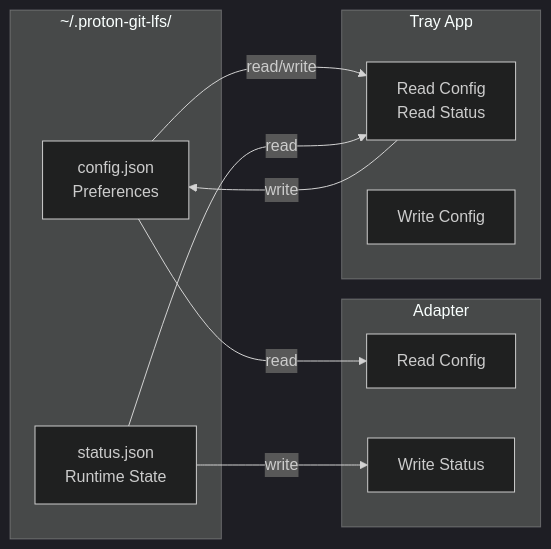
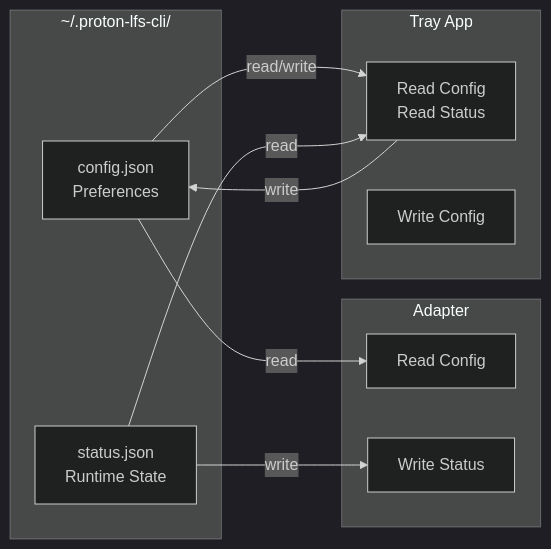
One commit to SevenOfNine-ai/proton-lfs-cli changed the fourth of 14 diagrams in docs/architecture/architecture.md. Above: the diagram before and after it, drawn with Mermaid (dark theme). The commit also changed other lines of this file and 35 other files, not shown here.

First line of the commit message:
refactor: rename project from proton-git-lfs to proton-lfs-cli

````diff
--- a/docs/architecture/architecture.md
+++ b/docs/architecture/architecture.md
@@ -174,25 +174,25 @@
 ```mermaid
 graph LR
-    subgraph "~/.proton-git-lfs/"
+    subgraph "~/.proton-lfs-cli/"
         ConfigFile[config.json<br/>Preferences]
         StatusFile[status.json<br/>Runtime State]
     end
 
     subgraph "Adapter"
         AdapterRead[Read Config]
         AdapterWrite[Write Status]
     end
 
     subgraph "Tray App"
         TrayRead[Read Config<br/>Read Status]
         TrayWrite[Write Config]
     end
 
     ConfigFile --> | read | AdapterRead
     ConfigFile --> | read/write | TrayRead
     TrayRead --> | write | ConfigFile
 
     StatusFile --> | read | TrayRead
     StatusFile --> | write | AdapterWrite
 
 ```
````
